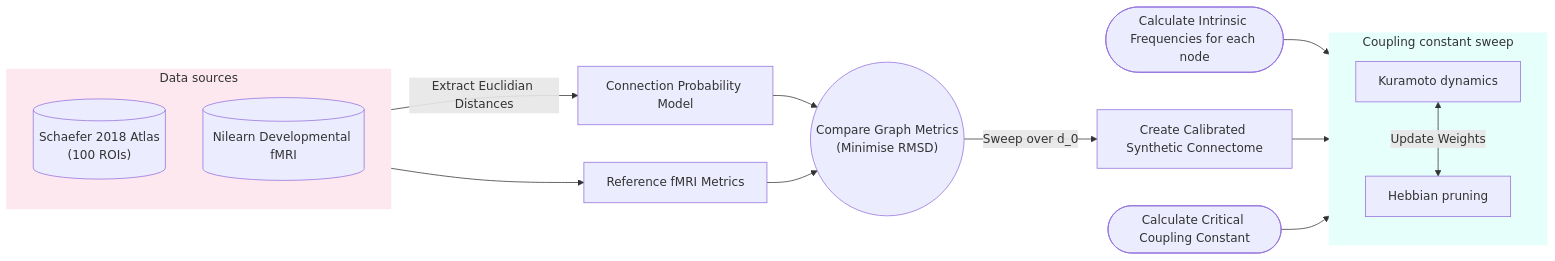
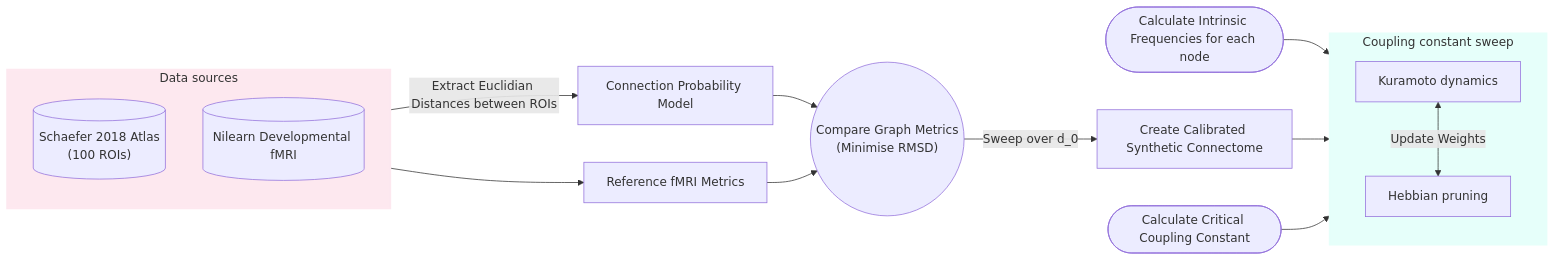
The diagram in README.md (R-eya/Kuramoto-Hebbian-Style-Pruning-of-Synthetic-Connectomes), drawn with Mermaid before and after one commit.

````diff
--- a/README.md
+++ b/README.md
@@ -7,27 +7,27 @@
 ```mermaid
 flowchart LR
 
     subgraph Inputs ["Data sources"]
         direction TB
         Q[("Schaefer 2018 atlas<br/>(100 ROIs)")]
         A[("Nilearn developmental fMRI")]
     end
     style Inputs fill:#e8f4fd,stroke:#2b6cb0,stroke-width:2px
 
-    Q[("Schaefer 2018 Atlas <br> (100 ROIs)")] -->|Extract Euclidian Distances| W[Connection Probability Model] -->C
+    Q[("Schaefer 2018 Atlas <br> (100 ROIs)")] -->|Extract Euclidian Distances between ROIs| W[Connection Probability Model] -->C
 
     G([Calculate Intrinsic Frequencies for each node]) --> E[Kuramoto Dynamics]
     A[(Nilearn Developmental fMRI)] -->B[Reference fMRI Metrics]--> C(("Compare Graph Metrics <br> (Minimise RMSD)" )) -->|Sweep over d_0 | D[Create Calibrated Synthetic Connectome]
     D --> E
 
     F([Calculate Critical Coupling Constant]) --> E
 
     subgraph Sweep ["Coupling constant sweep"]
         direction TB
         E["Kuramoto dynamics"]
         H["Hebbian pruning"]
         E <-->|"Update Weights"| H
     end
 style Inputs fill:#fde8ef,stroke:#fde8ef,stroke-width:2px
 style Sweep fill:#e6fffa,stroke:#e6fffa,stroke-width:2px
 ```
````
